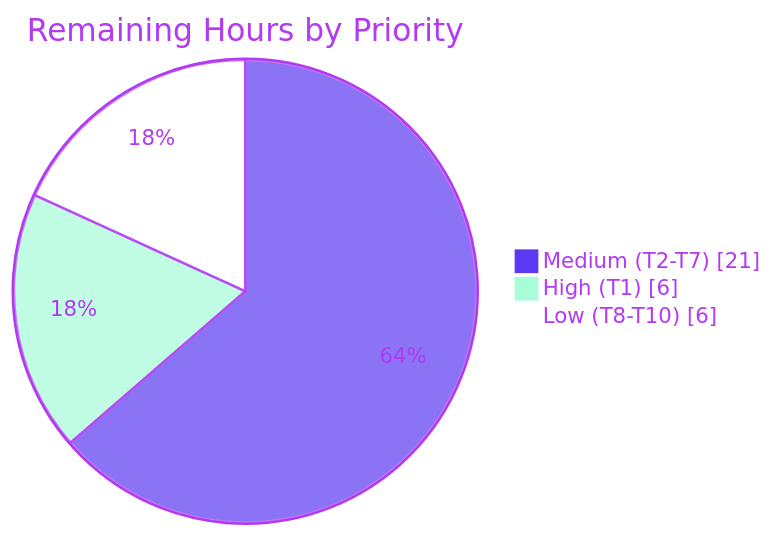
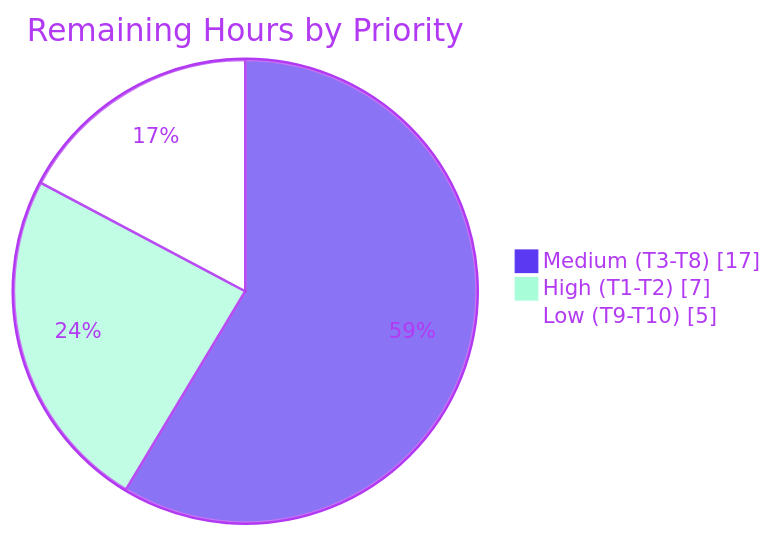
The third of 3 diagrams in blitzy/documentation/Project Guide - cba44d3a-fb41-4a16-9c11-e135b780df6e.md (blitzy-public-samples/blitzy-VistA-VEHU-M), drawn with Mermaid before and after one commit. The commit also changed other lines of this file, not shown here.

````diff
--- a/blitzy/documentation/Project Guide - cba44d3a-fb41-4a16-9c11-e135b780df6e.md
+++ b/blitzy/documentation/Project Guide - cba44d3a-fb41-4a16-9c11-e135b780df6e.md
@@ -270,7 +288,7 @@
 ```mermaid
 %%{init: {"theme":"base","themeVariables":{"pie1":"#5B39F3","pie2":"#A8FDD9","pie3":"#FFFFFF","pieStrokeColor":"#B23AF2","pieOuterStrokeColor":"#B23AF2","pieSectionTextColor":"#B23AF2","pieTitleTextColor":"#B23AF2","pieLegendTextColor":"#B23AF2"}}}%%
 pie showData title Remaining Hours by Priority
-    "Medium (T2-T7)" : 21
-    "High (T1)" : 6
-    "Low (T8-T10)" : 6
+    "Medium (T3-T8)" : 17
+    "High (T1-T2)" : 7
+    "Low (T9-T10)" : 5
 ```
````
